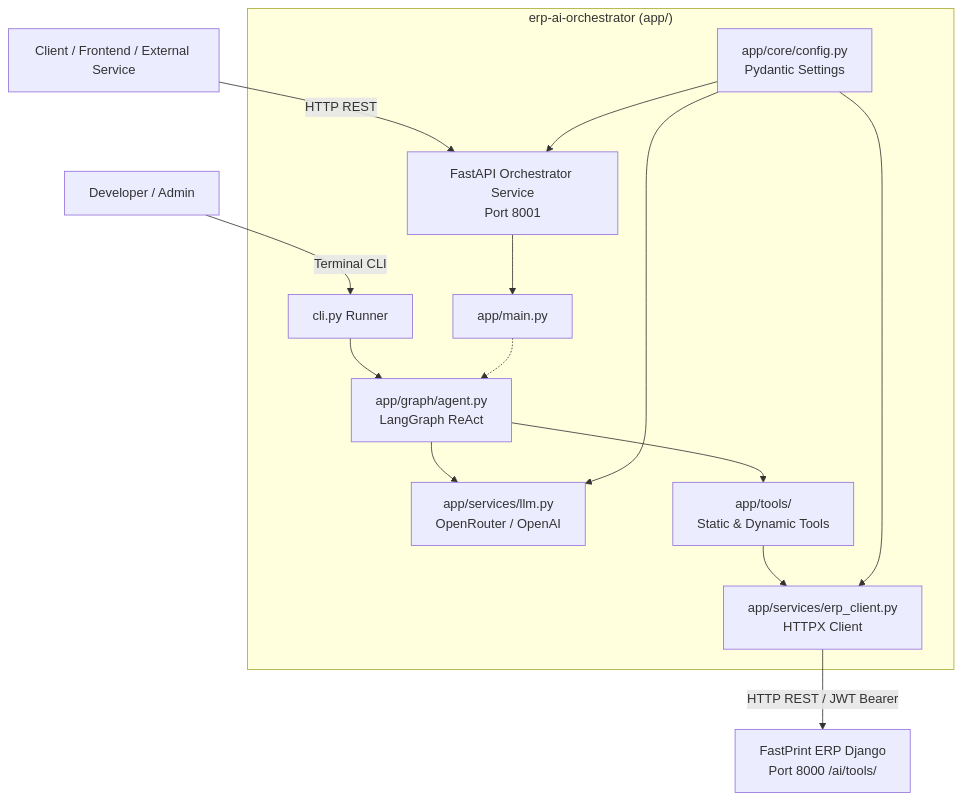
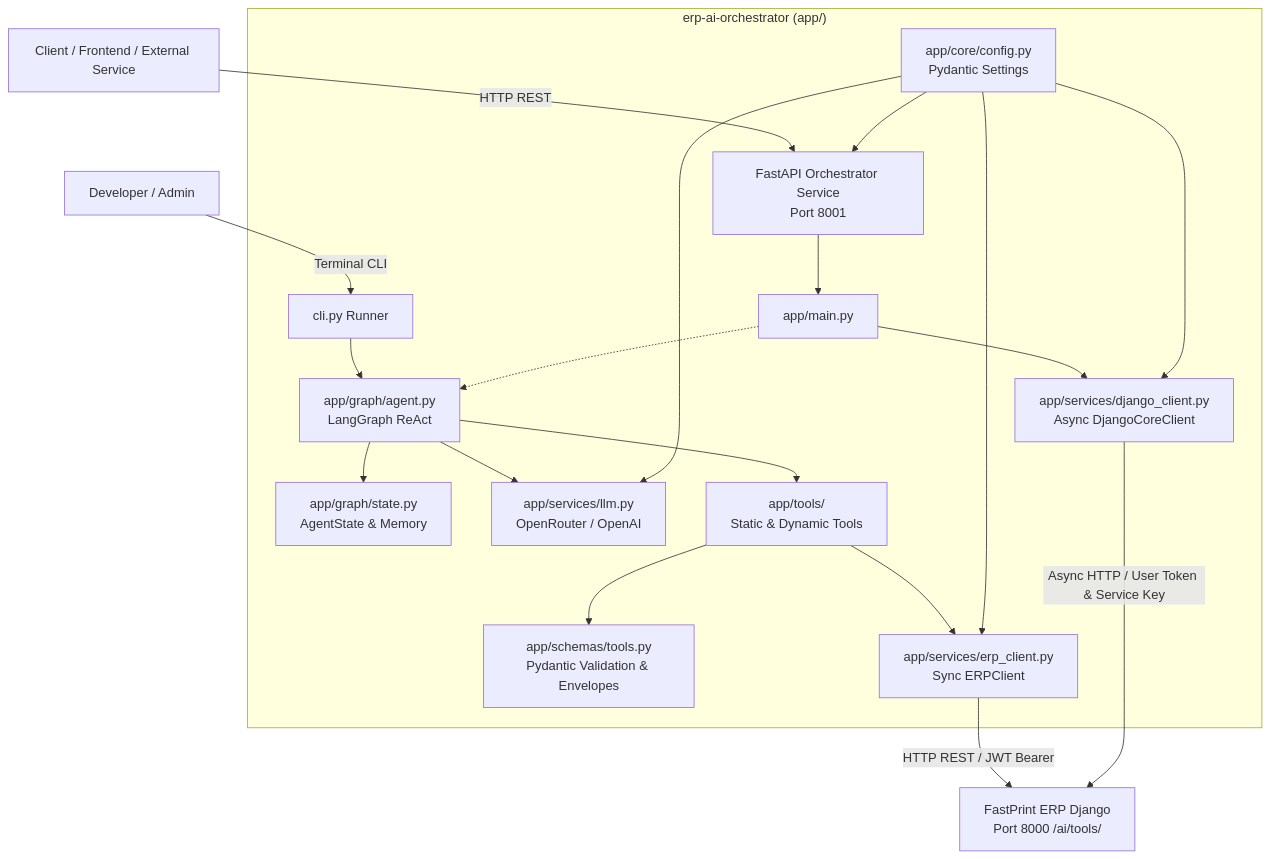
One commit to ReynaldiRP/erp-langgraph changed the diagram in README.md. Above: the diagram before and after it, drawn with Mermaid. The commit also changed other lines of this file and 10 other files, not shown here.

Commit message:
feat: implement tools schemas, async Django client, and LangGraph AgentState (TASK-3.1, TASK-3.2, TASK-4.1)

````diff
--- a/README.md
+++ b/README.md
@@ -9,21 +9,27 @@
 ```mermaid
 graph TD
     Client[Client / Frontend / External Service] -->|HTTP REST| API[FastAPI Orchestrator Service<br/>Port 8001]
     Terminal[Developer / Admin] -->|Terminal CLI| CLI[cli.py Runner]
     
     subgraph "erp-ai-orchestrator (app/)"
         API --> AppMain[app/main.py]
         CLI --> AgentGraph[app/graph/agent.py<br/>LangGraph ReAct]
         AppMain -.-> AgentGraph
         
+        AgentGraph --> State[app/graph/state.py<br/>AgentState & Memory]
         AgentGraph --> LLM[app/services/llm.py<br/>OpenRouter / OpenAI]
         AgentGraph --> Tools[app/tools/<br/>Static & Dynamic Tools]
-        Tools --> ERPClient[app/services/erp_client.py<br/>HTTPX Client]
+        
+        Tools --> Schemas[app/schemas/tools.py<br/>Pydantic Validation & Envelopes]
+        Tools --> SyncClient[app/services/erp_client.py<br/>Sync ERPClient]
+        AppMain --> AsyncClient[app/services/django_client.py<br/>Async DjangoCoreClient]
         
         Config[app/core/config.py<br/>Pydantic Settings] --> API
-        Config --> ERPClient
+        Config --> SyncClient
+        Config --> AsyncClient
         Config --> LLM
     end
     
-    ERPClient -->|HTTP REST / JWT Bearer| ERP[FastPrint ERP Django<br/>Port 8000 /ai/tools/]
+    SyncClient -->|HTTP REST / JWT Bearer| ERP[FastPrint ERP Django<br/>Port 8000 /ai/tools/]
+    AsyncClient -->|Async HTTP / User Token & Service Key| ERP
 ```
````
